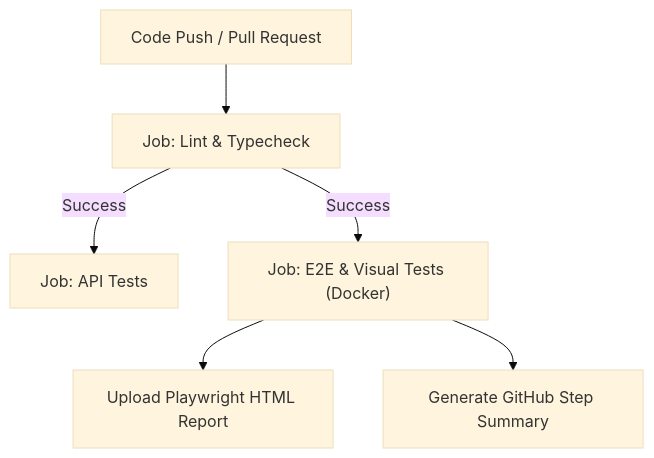
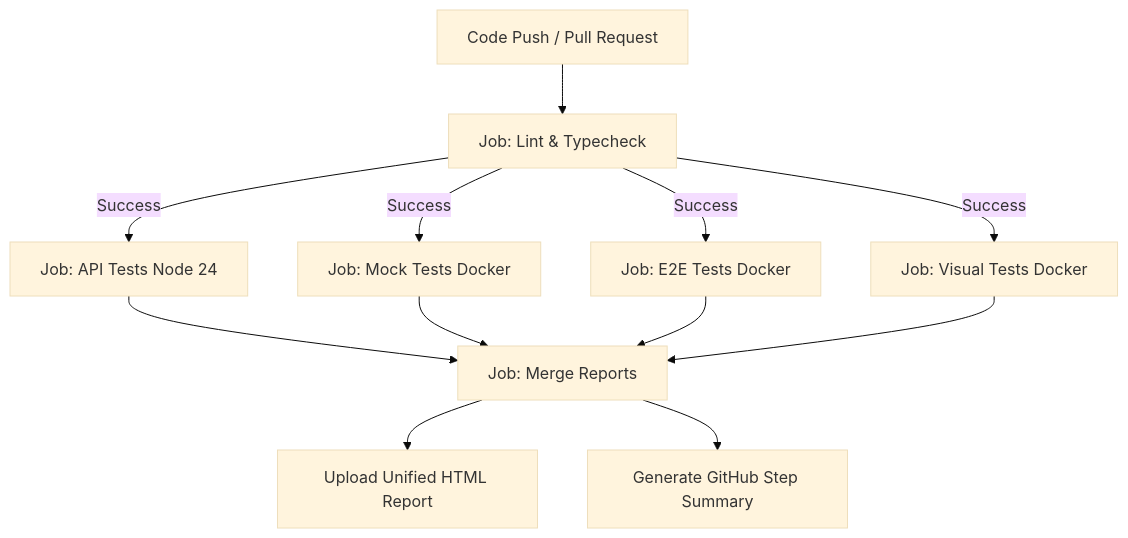
One commit to szendzij/playwright-sample-project changed the diagram in README.md. Above: the diagram before and after it, drawn with Mermaid (base theme). The commit also changed other lines of this file, not shown here.

Commit message:
docs: update README to reflect Playwright v1.63, enhance mocking capabilities, and clarify test suite structure

````diff
--- a/README.md
+++ b/README.md
@@ -226,8 +244,14 @@
 ```mermaid
 flowchart TD
     A[Code Push / Pull Request] --> B[Job: Lint & Typecheck]
-    B -->|Success| C[Job: API Tests]
-    B -->|Success| D["Job: E2E & Visual Tests (Docker)"]
-    D --> E[Upload Playwright HTML Report]
-    D --> F[Generate GitHub Step Summary]
+    B -->|Success| C[Job: API Tests Node 24]
+    B -->|Success| D[Job: Mock Tests Docker]
+    B -->|Success| E[Job: E2E Tests Docker]
+    B -->|Success| F[Job: Visual Tests Docker]
+    C --> G[Job: Merge Reports]
+    D --> G
+    E --> G
+    F --> G
+    G --> H[Upload Unified HTML Report]
+    G --> I[Generate GitHub Step Summary]
 ```
````
